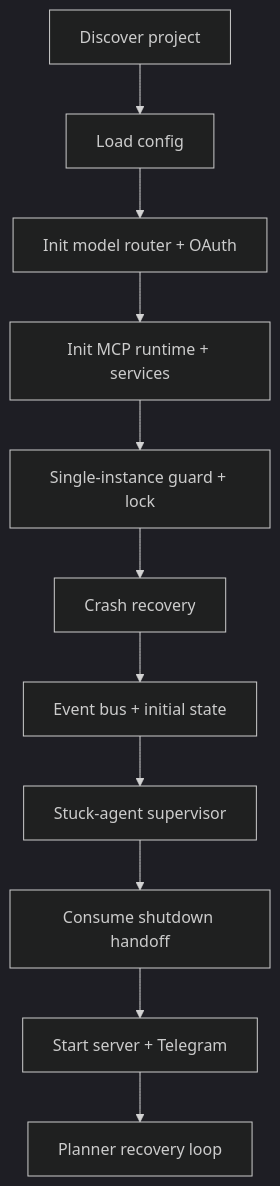
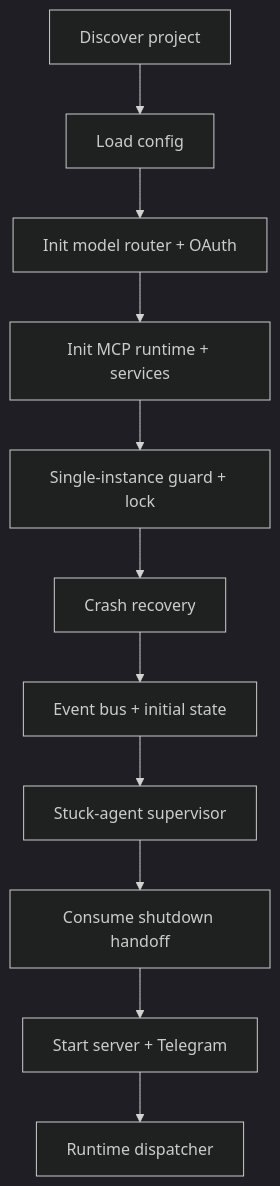
The diagram in 04-runtime.md (salva/saivage-v3), drawn with Mermaid (dark theme) before and after one commit. The commit also changed other lines of this file and 7 other files, not shown here.

````diff
--- a/04-runtime.md
+++ b/04-runtime.md
@@ -70,13 +71,13 @@
 ```mermaid
 flowchart TD
     S1[Discover project] --> S2[Load config]
     S2 --> S3[Init model router + OAuth]
     S3 --> S4[Init MCP runtime + services]
     S4 --> S5[Single-instance guard + lock]
     S5 --> S6[Crash recovery]
     S6 --> S7[Event bus + initial state]
     S7 --> S8[Stuck-agent supervisor]
     S8 --> S9[Consume shutdown handoff]
     S9 --> S10[Start server + Telegram]
-    S10 --> S11[Planner recovery loop]
+    S10 --> S11[Runtime dispatcher]
 ```
````
